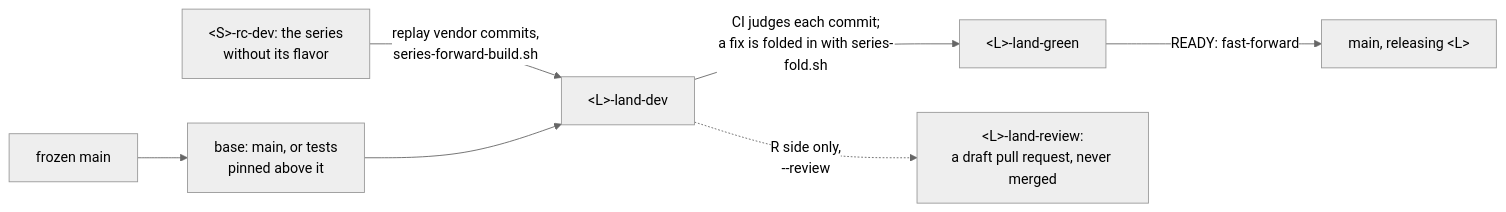
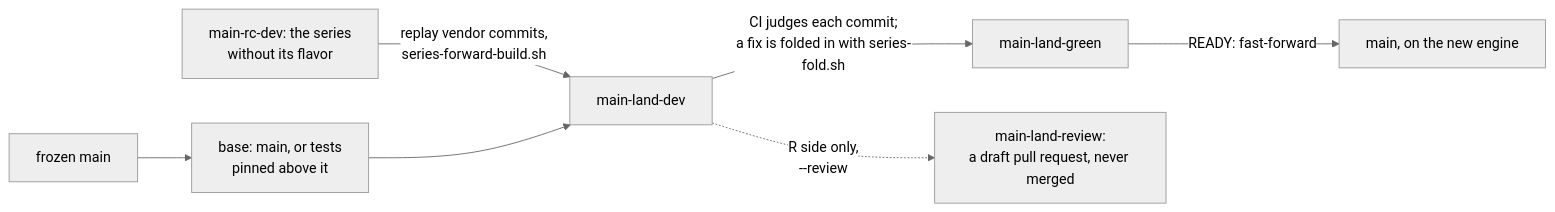
Before and after one commit to igraph/rigraph: the diagram in .claude/skills/series-land/SKILL.md, drawn with Mermaid (neutral theme). The commit also changed other lines of this file and 14 other files, not shown here.

````diff
--- a/.claude/skills/series-land/SKILL.md
+++ b/.claude/skills/series-land/SKILL.md
@@ -26,9 +24,9 @@
 ```mermaid
 flowchart LR
   F["frozen main"] --> B["base: main, or tests<br>pinned above it"]
-  RC["#60;S#62;-rc-dev: the series<br>without its flavor"] -->|"replay vendor commits,<br>series-forward-build.sh"| LD["#60;L#62;-land-dev"]
+  RC["main-rc-dev: the series<br>without its flavor"] -->|"replay vendor commits,<br>series-forward-build.sh"| LD["main-land-dev"]
   B --> LD
-  LD -->|"CI judges each commit;<br>a fix is folded in with series-fold.sh"| LG["#60;L#62;-land-green"]
-  LG -->|"READY: fast-forward"| M2["main, releasing #60;L#62;"]
-  LD -.->|"R side only,<br>--review"| R["#60;L#62;-land-review:<br>a draft pull request, never merged"]
+  LD -->|"CI judges each commit;<br>a fix is folded in with series-fold.sh"| LG["main-land-green"]
+  LG -->|"READY: fast-forward"| M2["main, on the new engine"]
+  LD -.->|"R side only,<br>--review"| R["main-land-review:<br>a draft pull request, never merged"]
 ```
````
